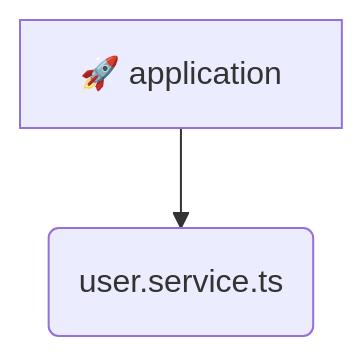
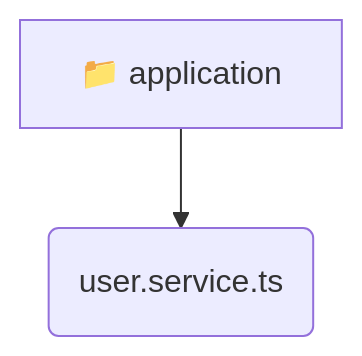
One commit to beginwebdev2002/fullstack-mavluda changed the diagram in backend/src/modules/user/application/README.md. Above: the diagram before and after it, drawn with Mermaid. The commit also changed other lines of this file and 155 other files, not shown here.

````diff
--- a/backend/src/modules/user/application/README.md
+++ b/backend/src/modules/user/application/README.md
@@ -9,5 +9,5 @@
 ```mermaid
 graph TD
-  application[🚀 application]
-  application --> user_service_ts(user.service.ts)
+  application[📁 application]
+  application --> application_user_service_ts(user.service.ts)
 ```
````
